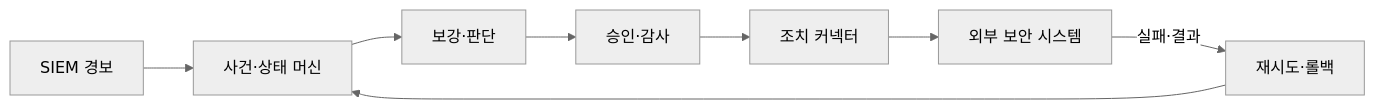
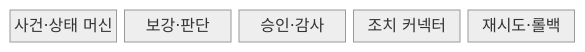
The first of 2 diagrams in src/content/docs/notes/05-security/036_soar.md (agnusdei1207/knowledge-base), drawn with Mermaid (neutral theme) before and after one commit. The commit also changed other lines of this file and 11 other files, not shown here.

````diff
--- a/src/content/docs/notes/05-security/036_soar.md
+++ b/src/content/docs/notes/05-security/036_soar.md
@@ -50,10 +52,9 @@
 ```mermaid
-flowchart LR
-    S[SIEM 경보] --> I[사건·상태 머신]
-    I --> E[보강·판단]
-    E --> A[승인·감사]
-    A --> C[조치 커넥터]
-    C --> T[외부 보안 시스템]
-    T -->|실패·결과| R[재시도·롤백]
-    R --> I
+block-beta
+  columns 5
+  A["사건·상태 머신"]
+  B["보강·판단"]
+  C["승인·감사"]
+  D["조치 커넥터"]
+  E["재시도·롤백"]
 ```
````
